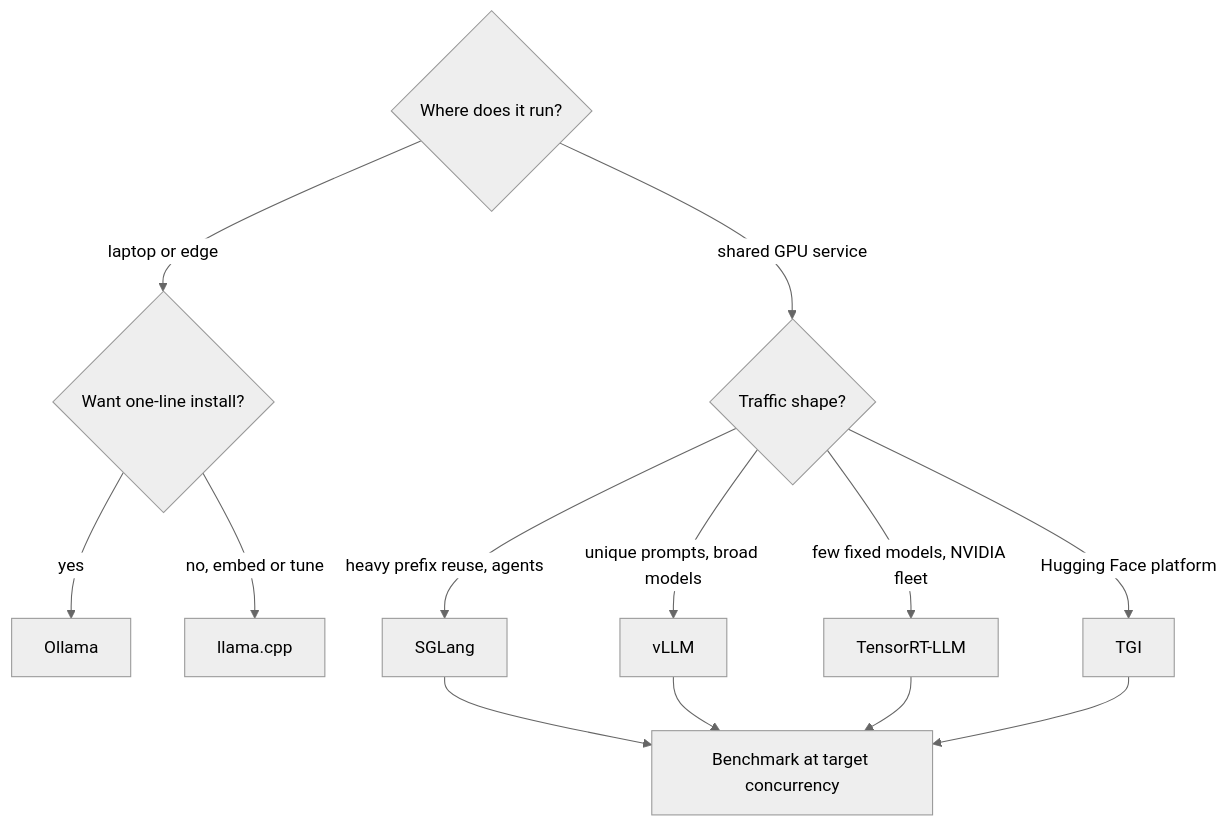
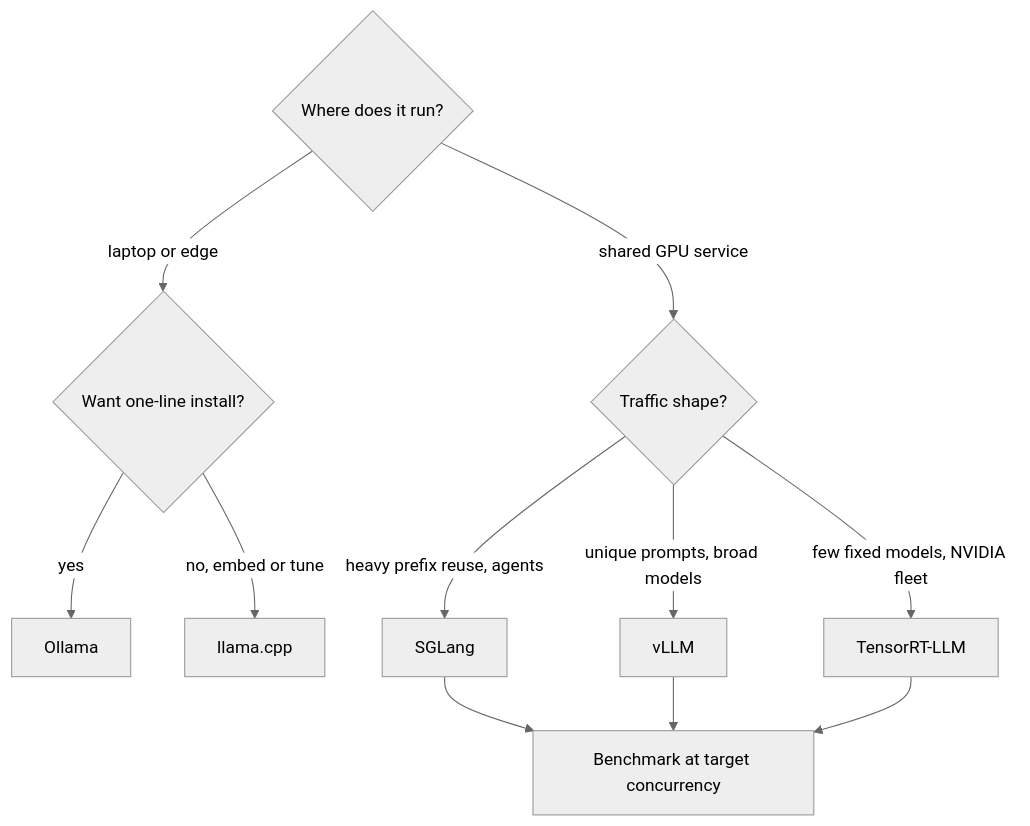
One commit to lovishmahajan97/agentic-learning changed the diagram in content/serving-inference/engines.md. Above: the diagram before and after it, drawn with Mermaid (neutral theme). The commit also changed other lines of this file and 117 other files, not shown here.

````diff
--- a/content/serving-inference/engines.md
+++ b/content/serving-inference/engines.md
@@ -348,15 +348,13 @@
 ```mermaid
 flowchart TD
     Q1{"Where does it run?"} -->|"laptop or edge"| L{"Want one-line install?"}
     L -->|"yes"| OL["Ollama"]
     L -->|"no, embed or tune"| LC["llama.cpp"]
     Q1 -->|"shared GPU service"| Q2{"Traffic shape?"}
     Q2 -->|"heavy prefix reuse, agents"| SG["SGLang"]
     Q2 -->|"unique prompts, broad models"| VL["vLLM"]
     Q2 -->|"few fixed models, NVIDIA fleet"| TR["TensorRT-LLM"]
-    Q2 -->|"Hugging Face platform"| TG["TGI"]
     SG --> B["Benchmark at target concurrency"]
     VL --> B
     TR --> B
-    TG --> B
 ```
````
